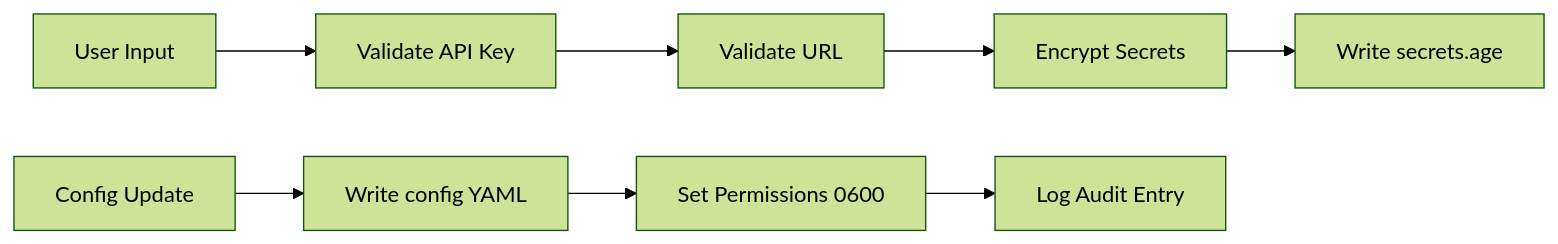
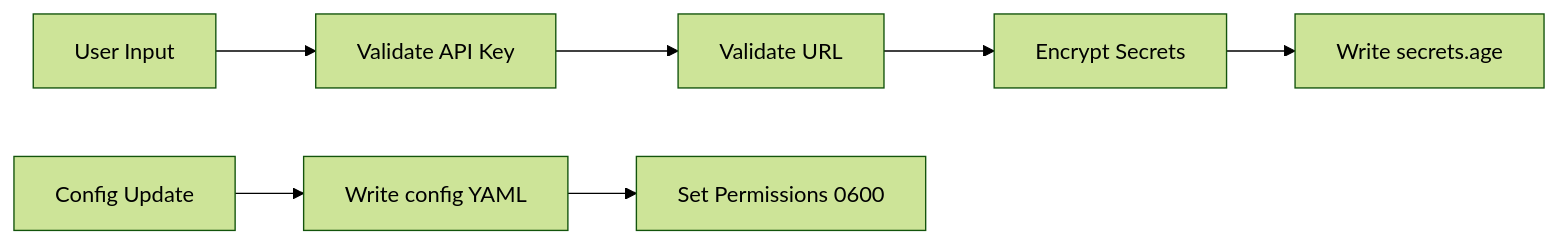
One commit to dkmnx/kairo changed the third of 6 diagrams in docs/architecture/README.md. Above: the diagram before and after it, drawn with Mermaid (forest theme). The commit also changed other lines of this file, not shown here.

First line of the commit message:
docs: fix stale references in architecture documentation

````diff
--- a/docs/architecture/README.md
+++ b/docs/architecture/README.md
@@ -121,10 +121,10 @@
 ```mermaid
 flowchart LR
     A[User Input] --> B[Validate API Key]
     B --> C[Validate URL]
     C --> D[Encrypt Secrets]
     D --> E[Write secrets.age]
     F[Config Update] --> G[Write config YAML]
     G --> H[Set Permissions 0600]
-    H --> I[Log Audit Entry]
+
 ```
````
